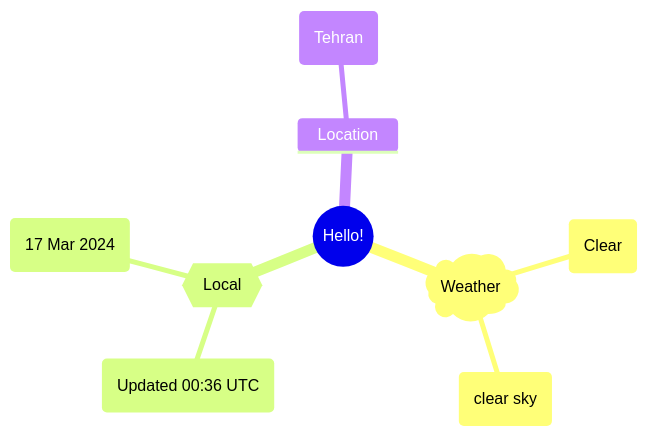
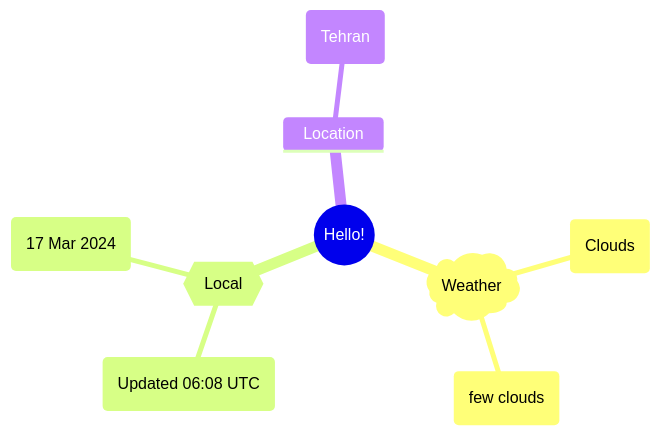
The first of 2 diagrams in README.md (Xosrov/Xosrov), drawn with Mermaid before and after one commit.

Commit message:
[bot] updated images

````diff
--- a/README.md
+++ b/README.md
@@ -3,12 +3,12 @@
 ```mermaid
 mindmap
   root((Hello!))
     )Weather(
-        (Clear)
-        (clear sky)
+        (Clouds)
+        (few clouds)
     {{Local}}
-        (Updated 00:36 UTC)
+        (Updated 06:08 UTC)
         (17 Mar 2024)
     Location
         (Tehran)
 ```
````
